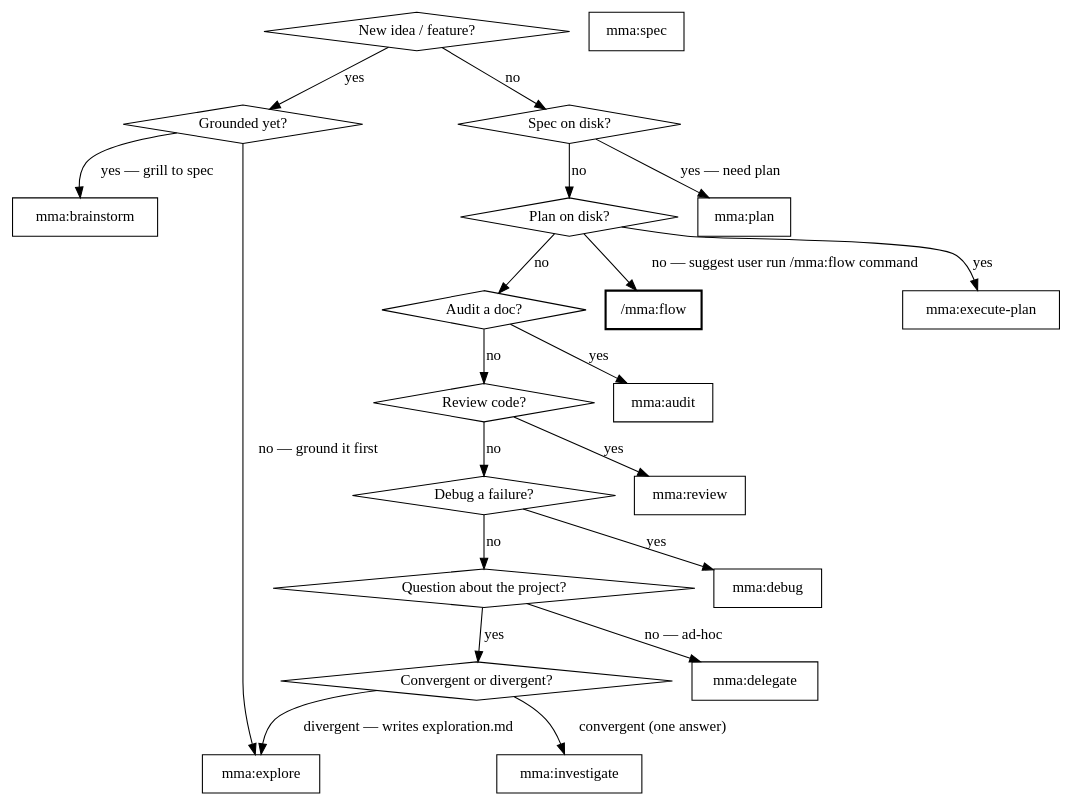
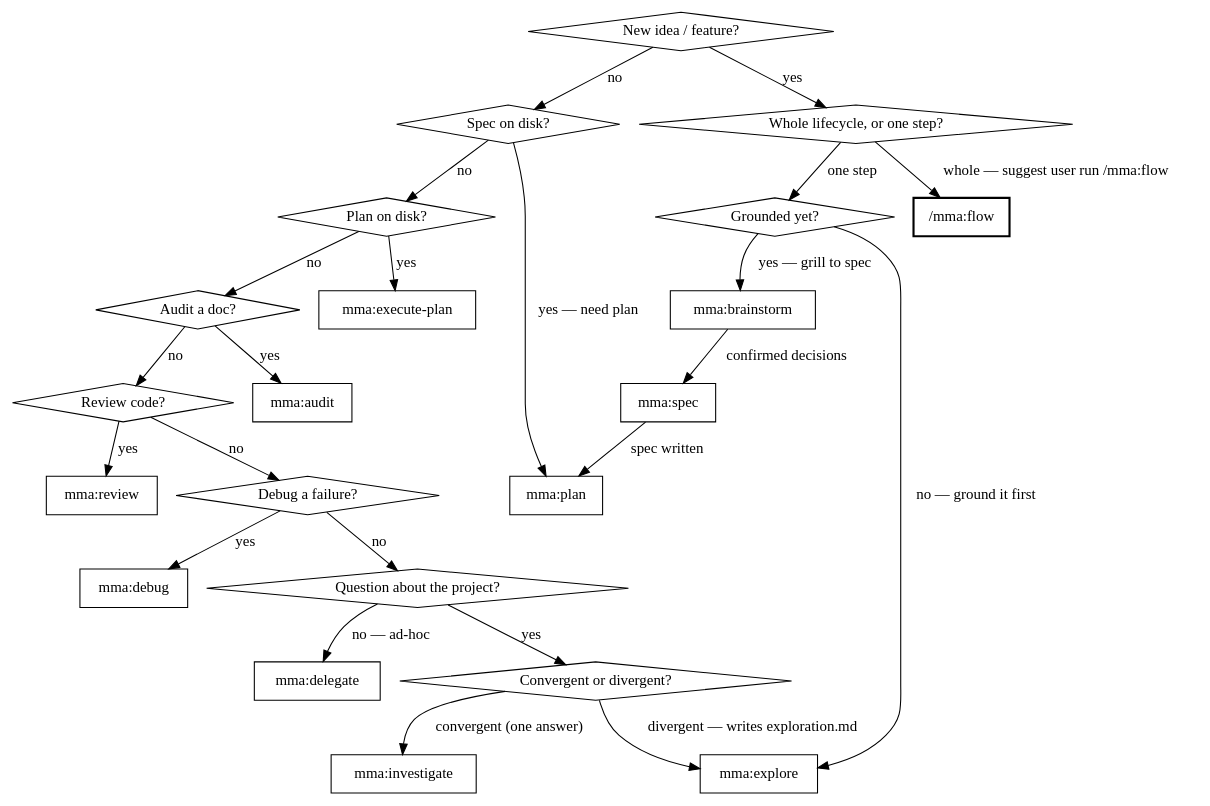
One commit to zhixuan312/multi-model-agent changed the diagram in plugin/skills/router/SKILL.md. Above: the diagram before and after it, drawn with Graphviz. The commit also changed other lines of this file and 12 other files, not shown here.

First line of the commit message:
fix(skills): a decision graph that answered "no" two ways, and a PR-only view of a 3-disposition flow

````diff
--- a/plugin/skills/router/SKILL.md
+++ b/plugin/skills/router/SKILL.md
@@ -25,44 +25,48 @@
 ```dot
 digraph picker {
     "New idea / feature?" [shape=diamond];
+    "Whole lifecycle, or one step?" [shape=diamond];
     "Grounded yet?" [shape=diamond];
     "Spec on disk?" [shape=diamond];
     "Plan on disk?" [shape=diamond];
     "Audit a doc?" [shape=diamond];
     "Review code?" [shape=diamond];
     "Debug a failure?" [shape=diamond];
     "Question about the project?" [shape=diamond];
     "Convergent or divergent?" [shape=diamond];
     "mma:brainstorm" [shape=box];
     "/mma:flow" [shape=box, style=bold];
     "mma:spec" [shape=box];
     "mma:plan" [shape=box];
     "mma:execute-plan" [shape=box];
     "mma:audit" [shape=box];
     "mma:review" [shape=box];
     "mma:debug" [shape=box];
     "mma:investigate" [shape=box];
     "mma:explore" [shape=box];
     "mma:delegate" [shape=box];
 
-    "New idea / feature?" -> "Grounded yet?" [label="yes"];
+    "New idea / feature?" -> "Whole lifecycle, or one step?" [label="yes"];
+    "Whole lifecycle, or one step?" -> "/mma:flow" [label="whole — suggest user run /mma:flow"];
+    "Whole lifecycle, or one step?" -> "Grounded yet?" [label="one step"];
     "Grounded yet?" -> "mma:explore" [label="no — ground it first"];
     "Grounded yet?" -> "mma:brainstorm" [label="yes — grill to spec"];
+    "mma:brainstorm" -> "mma:spec" [label="confirmed decisions"];
+    "mma:spec" -> "mma:plan" [label="spec written"];
     "New idea / feature?" -> "Spec on disk?" [label="no"];
     "Spec on disk?" -> "mma:plan" [label="yes — need plan"];
     "Spec on disk?" -> "Plan on disk?" [label="no"];
-    "Plan on disk?" -> "/mma:flow" [label="no — suggest user run /mma:flow command"];
     "Plan on disk?" -> "mma:execute-plan" [label="yes"];
     "Plan on disk?" -> "Audit a doc?" [label="no"];
     "Audit a doc?" -> "mma:audit" [label="yes"];
     "Audit a doc?" -> "Review code?" [label="no"];
     "Review code?" -> "mma:review" [label="yes"];
     "Review code?" -> "Debug a failure?" [label="no"];
     "Debug a failure?" -> "mma:debug" [label="yes"];
     "Debug a failure?" -> "Question about the project?" [label="no"];
     "Question about the project?" -> "Convergent or divergent?" [label="yes"];
     "Question about the project?" -> "mma:delegate" [label="no — ad-hoc"];
     "Convergent or divergent?" -> "mma:investigate" [label="convergent (one answer)"];
     "Convergent or divergent?" -> "mma:explore" [label="divergent — writes exploration.md"];
 }
 ```
````
